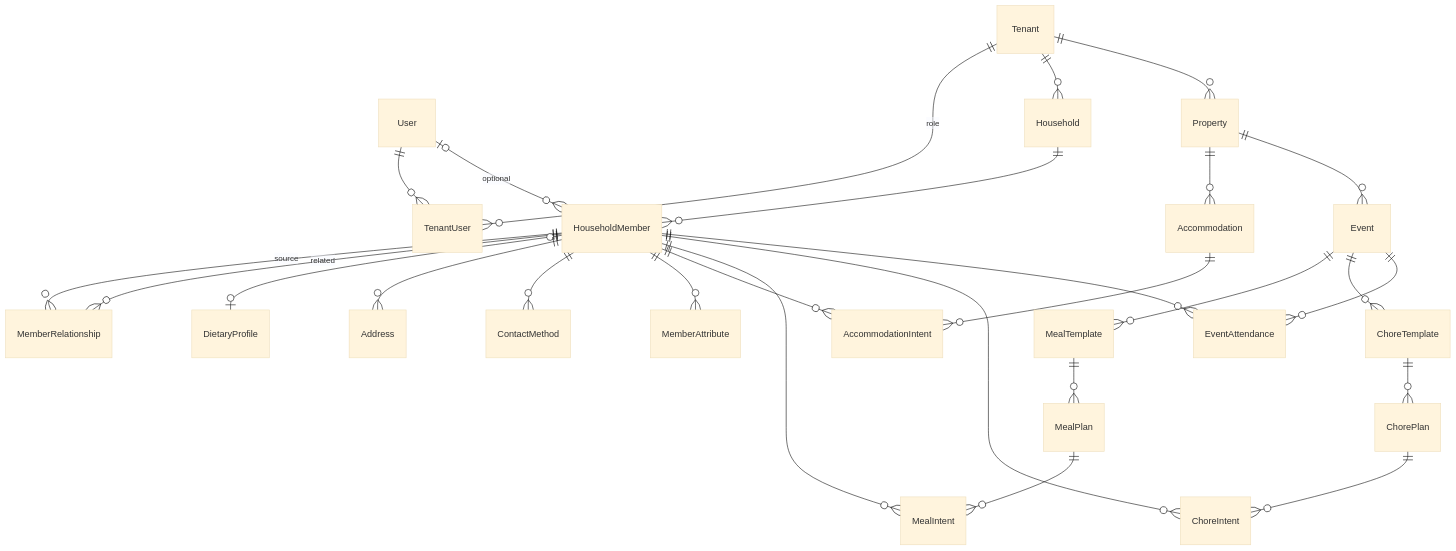
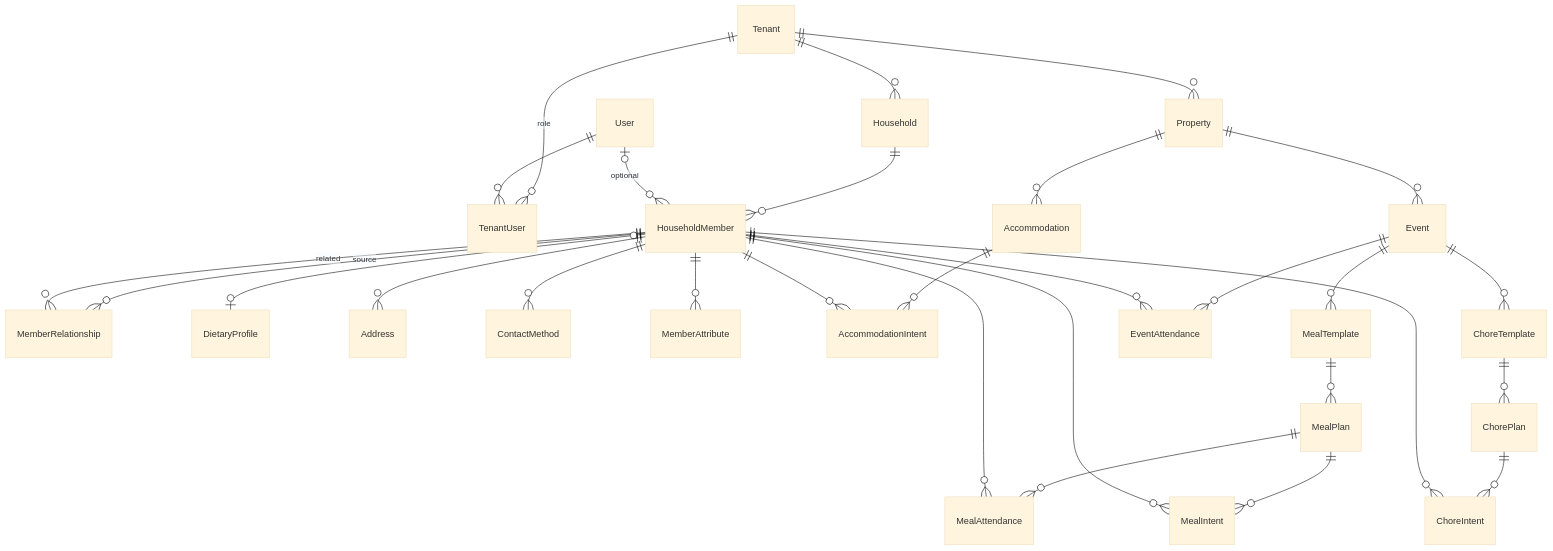
The second of 2 diagrams in docs/ARCHITECTURE.md (jayceslayn/gatherstead), drawn with Mermaid (base theme) before and after one commit. The commit also changed other lines of this file and 28 other files, not shown here.

Commit message:
Demo data seeding and adding MealAttendance.

````diff
--- a/docs/ARCHITECTURE.md
+++ b/docs/ARCHITECTURE.md
@@ -73,30 +76,32 @@
 ```mermaid
 erDiagram
     Tenant ||--o{ TenantUser : "role"
     User   ||--o{ TenantUser : ""
     Tenant ||--o{ Household : ""
     Household ||--o{ HouseholdMember : ""
     User   |o--o{ HouseholdMember : "optional"
     HouseholdMember ||--o{ MemberRelationship : "source"
     HouseholdMember ||--o{ MemberRelationship : "related"
     HouseholdMember |o--o| DietaryProfile : ""
     HouseholdMember ||--o{ Address : ""
     HouseholdMember ||--o{ ContactMethod : ""
     HouseholdMember ||--o{ MemberAttribute : ""
 
     Tenant          ||--o{ Property : ""
     Property        ||--o{ Accommodation : ""
     Accommodation   ||--o{ AccommodationIntent : ""
     HouseholdMember ||--o{ AccommodationIntent : ""
     Property        ||--o{ Event : ""
     Event           ||--o{ MealTemplate : ""
     MealTemplate    ||--o{ MealPlan : ""
+    MealPlan        ||--o{ MealAttendance : ""
     MealPlan        ||--o{ MealIntent : ""
+    HouseholdMember ||--o{ MealAttendance : ""
     HouseholdMember ||--o{ MealIntent : ""
     Event           ||--o{ ChoreTemplate : ""
     ChoreTemplate   ||--o{ ChorePlan : ""
     ChorePlan       ||--o{ ChoreIntent : ""
     HouseholdMember ||--o{ ChoreIntent : ""
     Event           ||--o{ EventAttendance : ""
     HouseholdMember ||--o{ EventAttendance : ""
 ```
````
